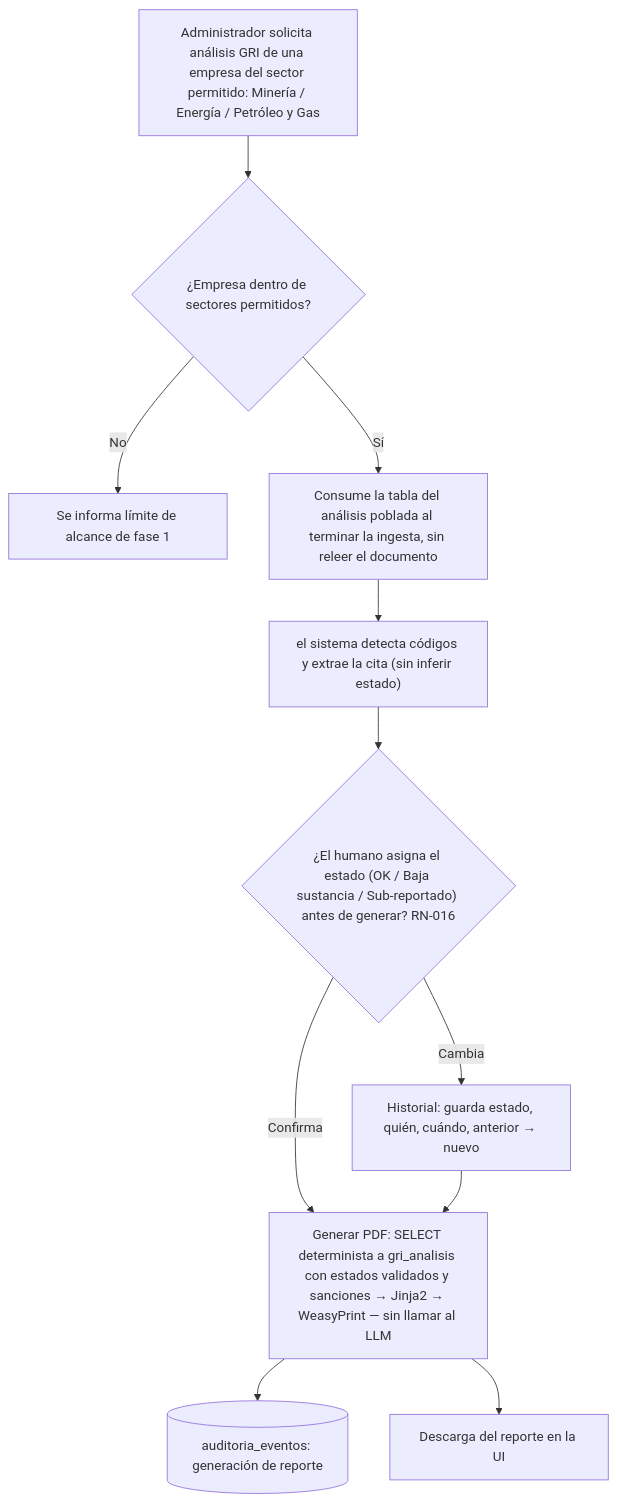
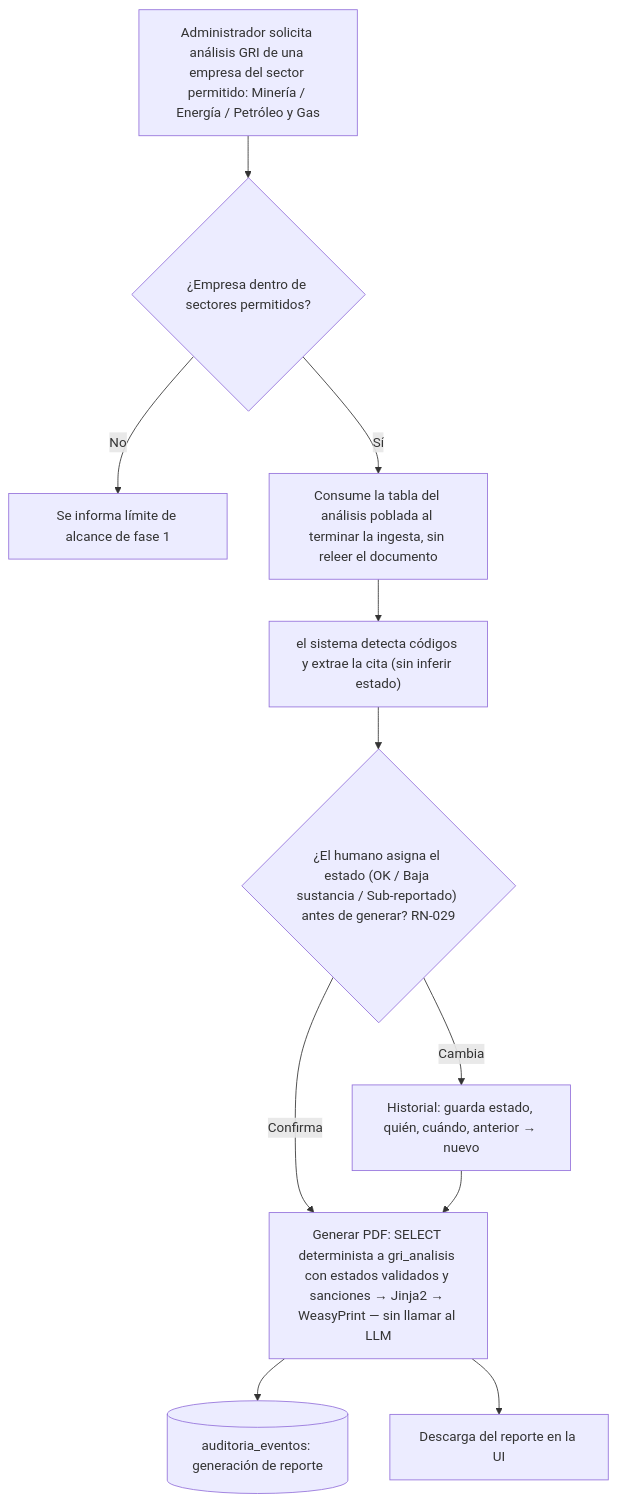
Before and after one commit to lFunkwnon01/igualab_md: the third of 3 diagrams in FASE 1/01-Analisis-y-Diseno/03-Diagramas-de-Procesos-TO-BE.md, drawn with Mermaid. The commit also changed other lines of this file and 124 other files, not shown here.

````diff
--- a/FASE 1/01-Analisis-y-Diseno/03-Diagramas-de-Procesos-TO-BE.md
+++ b/FASE 1/01-Analisis-y-Diseno/03-Diagramas-de-Procesos-TO-BE.md
@@ -48,14 +48,14 @@
 ```mermaid
 flowchart TD
     S["Administrador solicita análisis GRI de una empresa del sector permitido: Minería / Energía / Petróleo y Gas"]
     S --> R1{"¿Empresa dentro de sectores permitidos?"}
     R1 -- No --> DEN["Se informa límite de alcance de fase 1"]
     R1 -- Sí --> RAW["Consume la tabla del análisis poblada al terminar la ingesta, sin releer el documento"]
     RAW --> SUG["el sistema detecta códigos y extrae la cita (sin inferir estado)"]
-    SUG --> HUM{"¿El humano asigna el estado (OK / Baja sustancia / Sub-reportado) antes de generar? RN-016"}
+    SUG --> HUM{"¿El humano asigna el estado (OK / Baja sustancia / Sub-reportado) antes de generar? RN-029"}
     HUM -- Cambia --> REG["Historial: guarda estado, quién, cuándo, anterior → nuevo"]
     HUM -- Confirma --> GEN
     REG --> GEN["Generar PDF: SELECT determinista a gri_analisis con estados validados y sanciones → Jinja2 → WeasyPrint — sin llamar al LLM"]
     GEN --> AUD2[("auditoria_eventos: generación de reporte")]
     GEN --> DL["Descarga del reporte en la UI"]
 ```
````
